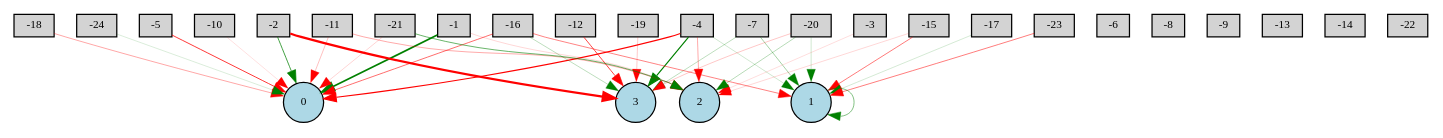
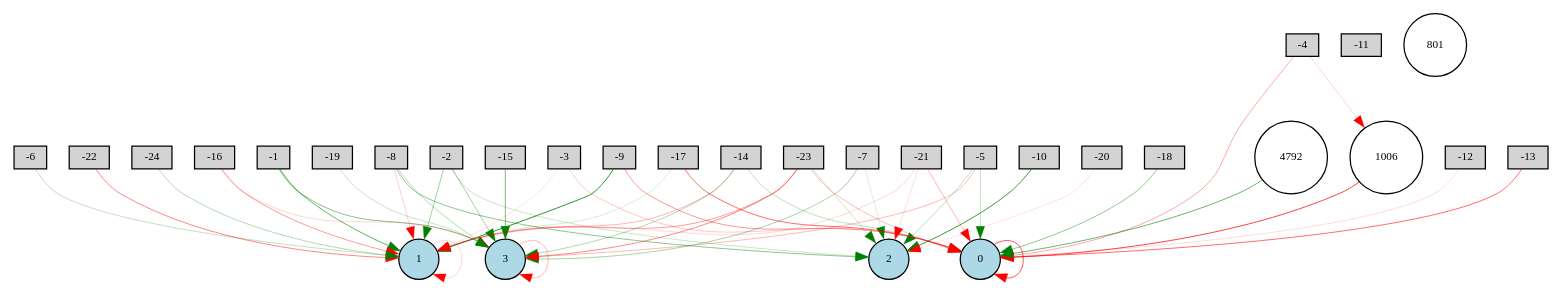
One commit to yoshinobc/EA changed the diagram in experiment/Bipedalwalker/neat/130net-enabled.gv. Above: the diagram before and after it, drawn with Graphviz. The commit also changed 277 other files, not shown here.

```diff
--- a/experiment/Bipedalwalker/neat/130net-enabled.gv
+++ b/experiment/Bipedalwalker/neat/130net-enabled.gv
@@ -1,63 +1,82 @@
 digraph {
 	node [fontsize=9 height=0.2 shape=circle width=0.2]
 	-1 [fillcolor=lightgray shape=box style=filled]
 	-2 [fillcolor=lightgray shape=box style=filled]
 	-3 [fillcolor=lightgray shape=box style=filled]
 	-4 [fillcolor=lightgray shape=box style=filled]
 	-5 [fillcolor=lightgray shape=box style=filled]
 	-6 [fillcolor=lightgray shape=box style=filled]
 	-7 [fillcolor=lightgray shape=box style=filled]
 	-8 [fillcolor=lightgray shape=box style=filled]
 	-9 [fillcolor=lightgray shape=box style=filled]
 	-10 [fillcolor=lightgray shape=box style=filled]
 	-11 [fillcolor=lightgray shape=box style=filled]
 	-12 [fillcolor=lightgray shape=box style=filled]
 	-13 [fillcolor=lightgray shape=box style=filled]
 	-14 [fillcolor=lightgray shape=box style=filled]
 	-15 [fillcolor=lightgray shape=box style=filled]
 	-16 [fillcolor=lightgray shape=box style=filled]
 	-17 [fillcolor=lightgray shape=box style=filled]
 	-18 [fillcolor=lightgray shape=box style=filled]
 	-19 [fillcolor=lightgray shape=box style=filled]
 	-20 [fillcolor=lightgray shape=box style=filled]
 	-21 [fillcolor=lightgray shape=box style=filled]
 	-22 [fillcolor=lightgray shape=box style=filled]
 	-23 [fillcolor=lightgray shape=box style=filled]
 	-24 [fillcolor=lightgray shape=box style=filled]
 	0 [fillcolor=lightblue style=filled]
 	1 [fillcolor=lightblue style=filled]
 	2 [fillcolor=lightblue style=filled]
 	3 [fillcolor=lightblue style=filled]
-	-20 -> 2 [color=green penwidth=0.22626942714482784 style=solid]
-	-2 -> 0 [color=green penwidth=0.5859037317852457 style=solid]
-	-19 -> 3 [color=red penwidth=0.165895080976741 style=solid]
-	-16 -> 3 [color=green penwidth=0.21104734778227033 style=solid]
-	-15 -> 2 [color=red penwidth=0.12634939240591206 style=solid]
-	-4 -> 2 [color=red penwidth=0.2720785187203698 style=solid]
-	-20 -> 3 [color=red penwidth=0.17654105804985043 style=solid]
-	-1 -> 0 [color=green penwidth=1.3721359211625634 style=solid]
-	-11 -> 0 [color=red penwidth=0.20103446869865432 style=solid]
-	-15 -> 1 [color=red penwidth=0.42430844519719246 style=solid]
-	-4 -> 3 [color=green penwidth=0.9216519066938359 style=solid]
-	-21 -> 0 [color=red penwidth=0.1352649024565728 style=solid]
-	-16 -> 0 [color=red penwidth=0.4636122280790026 style=solid]
-	-3 -> 2 [color=red penwidth=0.11176759210781385 style=solid]
-	-10 -> 0 [color=red penwidth=0.10404543905972932 style=solid]
-	-7 -> 3 [color=green penwidth=0.21273015813862486 style=solid]
-	1 -> 1 [color=green penwidth=0.38532541396165676 style=solid]
-	-7 -> 1 [color=green penwidth=0.27702149757376926 style=solid]
-	-5 -> 0 [color=red penwidth=0.6211847229218136 style=solid]
-	-1 -> 2 [color=red penwidth=0.13485027706314545 style=solid]
-	-16 -> 1 [color=red penwidth=0.3866077253773563 style=solid]
-	-4 -> 0 [color=red penwidth=0.9192321480786914 style=solid]
-	-20 -> 1 [color=green penwidth=0.15275076958058104 style=solid]
-	-23 -> 1 [color=red penwidth=0.4110190902987184 style=solid]
-	-12 -> 3 [color=red penwidth=0.5906010577798289 style=solid]
-	-2 -> 3 [color=red penwidth=1.760423269561342 style=solid]
-	-21 -> 2 [color=green penwidth=0.46876292117501206 style=solid]
-	-24 -> 0 [color=green penwidth=0.1221487568608034 style=solid]
-	-11 -> 2 [color=red penwidth=0.27223906543806475 style=solid]
-	-17 -> 1 [color=green penwidth=0.14045040221871738 style=solid]
-	-4 -> 1 [color=green penwidth=0.154380555711163 style=solid]
-	-18 -> 0 [color=red penwidth=0.2833637256894602 style=solid]
+	801 [fillcolor=white style=filled]
+	1006 [fillcolor=white style=filled]
+	4792 [fillcolor=white style=filled]
+	-20 -> 2 [color=red penwidth=0.10304909290492882 style=solid]
+	-23 -> 0 [color=red penwidth=0.22309356606591063 style=solid]
+	-10 -> 2 [color=green penwidth=0.6249884054663664 style=solid]
+	-19 -> 3 [color=green penwidth=0.17710526612302563 style=solid]
+	-24 -> 1 [color=green penwidth=0.23517593364062522 style=solid]
+	-1 -> 1 [color=green penwidth=0.4804726011615401 style=solid]
+	-16 -> 3 [color=red penwidth=0.13946451582360886 style=solid]
+	-12 -> 0 [color=red penwidth=0.106208789328486 style=solid]
+	-21 -> 1 [color=red penwidth=0.1278044927103825 style=solid]
+	-8 -> 1 [color=red penwidth=0.16096483517630455 style=solid]
+	-14 -> 3 [color=green penwidth=0.25141333930851717 style=solid]
+	-9 -> 1 [color=green penwidth=0.668023489081704 style=solid]
+	-2 -> 1 [color=green penwidth=0.3016722740730744 style=solid]
+	3 -> 3 [color=red penwidth=0.22247131976459655 style=solid]
+	-1 -> 3 [color=green penwidth=0.37802995698929664 style=solid]
+	-23 -> 3 [color=red penwidth=0.3657633116295398 style=solid]
+	-21 -> 0 [color=red penwidth=0.24019317758461106 style=solid]
+	-8 -> 2 [color=green penwidth=0.3614422536856987 style=solid]
+	-22 -> 1 [color=red penwidth=0.37758679163848086 style=solid]
+	-7 -> 3 [color=green penwidth=0.28280102934093715 style=solid]
+	1 -> 1 [color=red penwidth=0.13316568834062295 style=solid]
+	-18 -> 0 [color=green penwidth=0.3533072926177636 style=solid]
+	-5 -> 0 [color=green penwidth=0.20017004715064857 style=solid]
+	0 -> 0 [color=red penwidth=0.5338914475886662 style=solid]
+	-23 -> 2 [color=green penwidth=0.15939670893852081 style=solid]
+	-17 -> 0 [color=red penwidth=0.4592668606642447 style=solid]
+	-2 -> 2 [color=green penwidth=0.16710116612921266 style=solid]
+	-16 -> 1 [color=red penwidth=0.3209649853506612 style=solid]
+	-3 -> 1 [color=red penwidth=0.10101236999551838 style=solid]
+	-9 -> 0 [color=red penwidth=0.32599130521599334 style=solid]
+	-4 -> 0 [color=red penwidth=0.280385709892662 style=solid]
+	-7 -> 2 [color=green penwidth=0.1119306390091128 style=solid]
+	-5 -> 3 [color=red penwidth=0.22778392082302287 style=solid]
+	-14 -> 0 [color=green penwidth=0.20433661368619582 style=solid]
+	-6 -> 1 [color=green penwidth=0.20307683534085835 style=solid]
+	4792 -> 0 [color=green penwidth=0.4597194870467337 style=solid]
+	-23 -> 1 [color=red penwidth=0.3107445005686307 style=solid]
+	-2 -> 3 [color=green penwidth=0.2916642135545938 style=solid]
+	-21 -> 2 [color=red penwidth=0.10950242427323309 style=solid]
+	-8 -> 3 [color=green penwidth=0.23935874417992334 style=solid]
+	-3 -> 0 [color=red penwidth=0.18226788239277641 style=solid]
+	-17 -> 1 [color=green penwidth=0.11823452001627727 style=solid]
+	-15 -> 3 [color=green penwidth=0.4166642553014662 style=solid]
+	1006 -> 0 [color=red penwidth=0.5936588049040479 style=solid]
+	-13 -> 0 [color=red penwidth=0.4647991541061993 style=solid]
+	-5 -> 2 [color=green penwidth=0.19807631680250884 style=solid]
+	-14 -> 1 [color=red penwidth=0.22702062855071578 style=solid]
+	-4 -> 1006 [color=red penwidth=0.13591739956620805 style=solid]
 }
```
